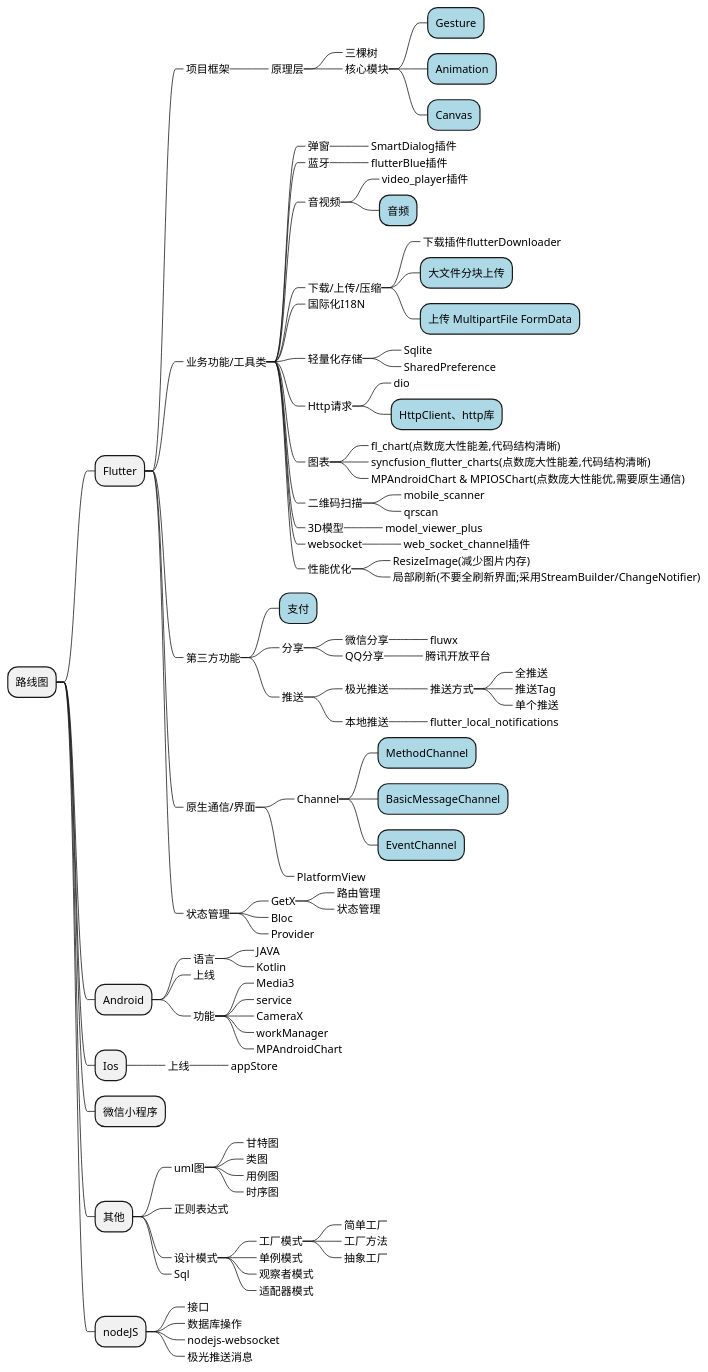
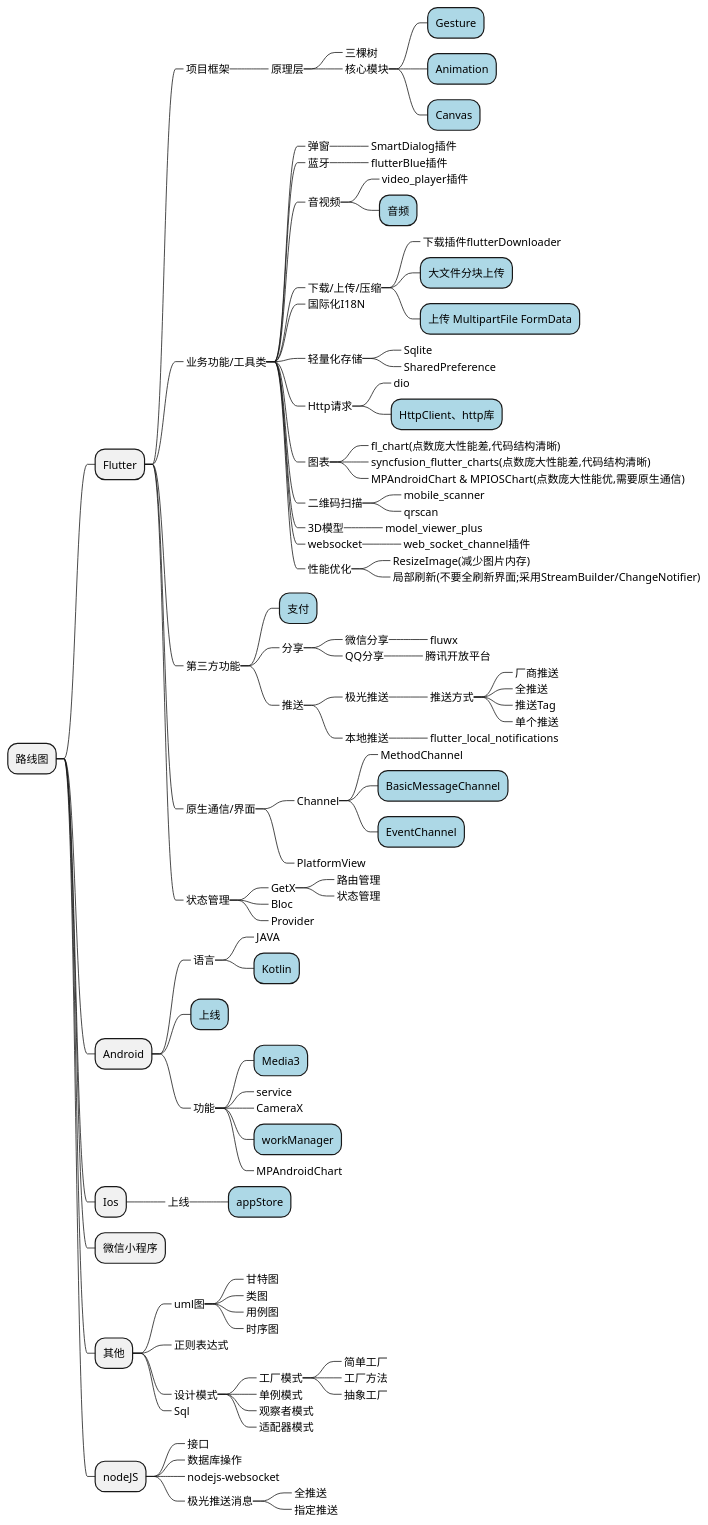
One commit to HEROhuqinchao/flutter_bilibili_getx changed the diagram in schedule.pu. Above: the diagram before and after it, drawn with PlantUML. The commit also changed 1 other file, not shown here.

```diff
--- a/schedule.pu
+++ b/schedule.pu
@@ -1,119 +1,122 @@
 @startmindmap
 * 路线图
 
 ** Flutter
 ***_ 项目框架
 ****_ 原理层
 *****_ 三棵树
 *****_ 核心模块
 ******[#lightblue] Gesture
 ******[#lightblue] Animation
 ******[#lightblue] Canvas
 
 ***_ 业务功能/工具类
 ****_ 弹窗
 *****_ SmartDialog插件
 ****_ 蓝牙
 *****_ flutterBlue插件
 ****_ 音视频
 *****_ video_player插件
 *****[#lightblue] 音频
 ****_ 下载/上传/压缩
 *****_ 下载插件flutterDownloader
 *****[#lightblue] 大文件分块上传
 *****[#lightblue] 上传 MultipartFile FormData
 ****_ 国际化I18N
 ****_ 轻量化存储
 *****_ Sqlite
 *****_ SharedPreference
 ****_ Http请求
 *****_ dio
 *****[#lightblue] HttpClient、http库
 ****_ 图表
 *****_ fl_chart(点数庞大性能差,代码结构清晰)
 *****_ syncfusion_flutter_charts(点数庞大性能差,代码结构清晰)
 *****_ MPAndroidChart & MPIOSChart(点数庞大性能优,需要原生通信)
 ****_ 二维码扫描
 *****_ mobile_scanner
 *****_ qrscan
 ****_ 3D模型
 *****_ model_viewer_plus
 ****_ websocket
 *****_ web_socket_channel插件
 ****_ 性能优化
 *****_ ResizeImage(减少图片内存)
 *****_ 局部刷新(不要全刷新界面;采用StreamBuilder/ChangeNotifier)
 
 ***_ 第三方功能
 ****[#lightblue] 支付
 ****_ 分享
 *****_ 微信分享
 ******_ fluwx
 *****_ QQ分享
 ******_ 腾讯开放平台
 ****_ 推送
 *****_ 极光推送
 ******_ 推送方式
+*******_ 厂商推送
 *******_ 全推送
 *******_ 推送Tag
 *******_ 单个推送
 *****_ 本地推送
 ******_ flutter_local_notifications
 
 ***_ 原生通信/界面
 ****_ Channel
-*****[#lightblue] MethodChannel
+*****_ MethodChannel
 *****[#lightblue] BasicMessageChannel
 *****[#lightblue] EventChannel
 
 ****_ PlatformView
 
 ***_ 状态管理
 ****_ GetX
 *****_ 路由管理
 *****_ 状态管理
 ****_ Bloc
 ****_ Provider
 
 ** Android
 ***_ 语言
 ****_ JAVA
-****_ Kotlin
-***_ 上线
+****[#lightblue] Kotlin
+***[#lightblue] 上线
 ***_ 功能
-****_ Media3
+****[#lightblue] Media3
 ****_ service
 ****_ CameraX
-****_ workManager
+****[#lightblue] workManager
 ****_ MPAndroidChart
 
 ** Ios
 ***_ 上线
-****_ appStore
+****[#lightblue] appStore
 
 ** 微信小程序
 
 ** 其他
 ***_ uml图
 ****_ 甘特图
 ****_ 类图
 ****_ 用例图
 ****_ 时序图
 ***_ 正则表达式
 ***_ 设计模式
 ****_ 工厂模式
 *****_ 简单工厂
 *****_ 工厂方法
 *****_ 抽象工厂
 ****_ 单例模式
 ****_ 观察者模式
 ****_ 适配器模式
 
 ***_ Sql
 
 ** nodeJS
 ***_ 接口
 ***_ 数据库操作
 ***_ nodejs-websocket
 ***_ 极光推送消息
+****_ 全推送
+****_ 指定推送
 @endmindmap
```
